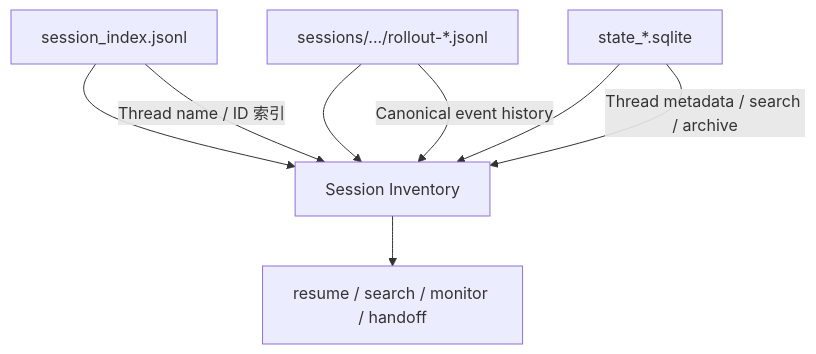
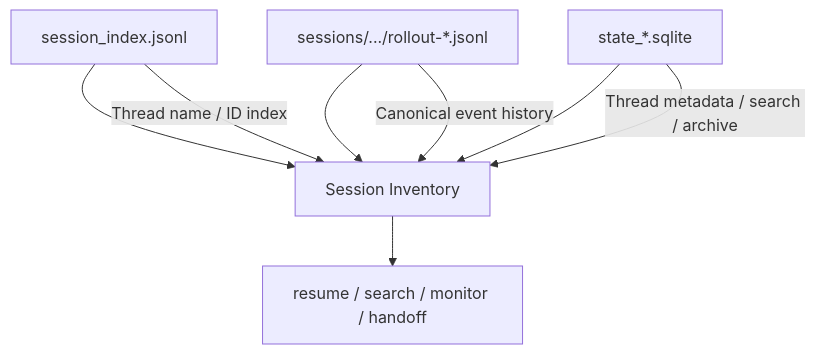
One commit to denven/lark-coding-agent-bridge changed the second of 6 diagrams in local-docs/03-codex-session-management.md. Above: the diagram before and after it, drawn with Mermaid. The commit also changed other lines of this file and 18 other files, not shown here.

````diff
--- a/local-docs/03-codex-session-management.md
+++ b/local-docs/03-codex-session-management.md
@@ -108,12 +106,12 @@
 ```mermaid
 flowchart TD
     I[session_index.jsonl] --> X[Session Inventory]
     R[sessions/.../rollout-*.jsonl] --> X
     D[state_*.sqlite] --> X
 
-    I -->|Thread name / ID 索引| X
+    I -->|Thread name / ID index| X
     R -->|Canonical event history| X
     D -->|Thread metadata / search / archive| X
 
     X --> Y[resume / search / monitor / handoff]
 ```
````
